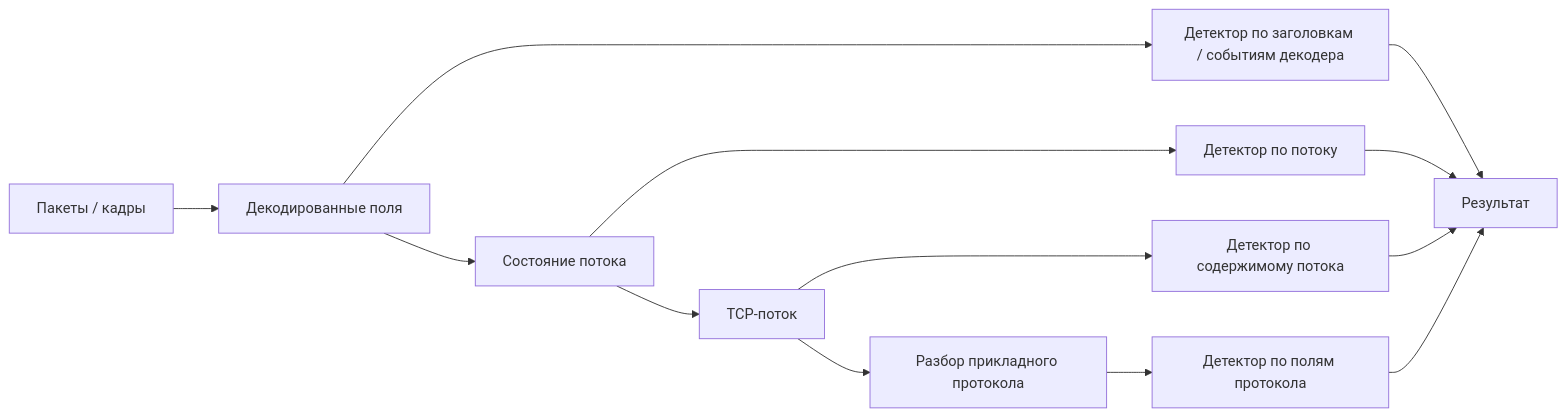
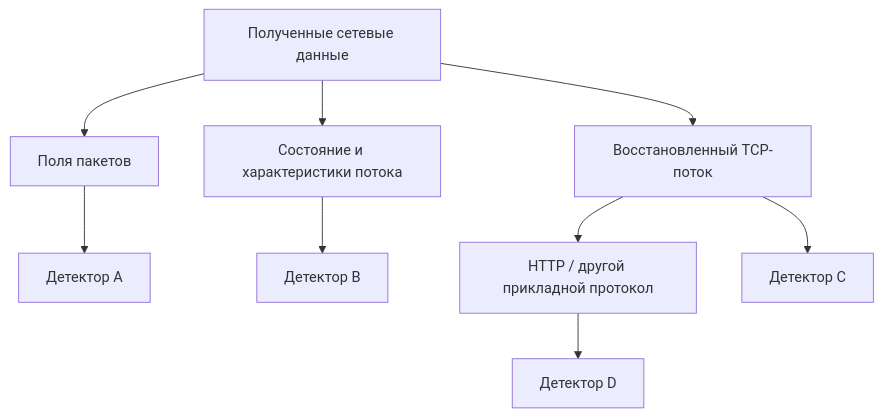
One commit to 11ndra/spvo changed the fourth of 8 diagrams in docs/course/03-detection.md. Above: the diagram before and after it, drawn with Mermaid. The commit also changed other lines of this file and 32 other files, not shown here.

````diff
--- a/docs/course/03-detection.md
+++ b/docs/course/03-detection.md
@@ -46,15 +175,13 @@
 ```mermaid
-flowchart LR
-    P[Пакеты / кадры] --> D[Декодированные поля]
-    D --> DP[Детектор по заголовкам / событиям декодера]
-    D --> F[Состояние потока]
-    F --> DF[Детектор по потоку]
-    F --> S[TCP-поток]
-    S --> DS[Детектор по содержимому потока]
-    S --> A[Разбор прикладного протокола]
-    A --> DA[Детектор по полям протокола]
-    DP --> R[Результат]
-    DF --> R
-    DS --> R
-    DA --> R
+flowchart TB
+    N[Полученные сетевые данные]
+    N --> P[Поля пакетов]
+    N --> F[Состояние и характеристики потока]
+    N --> S[Восстановленный TCP-поток]
+    S --> H[HTTP / другой прикладной протокол]
+
+    P --> D1[Детектор A]
+    F --> D2[Детектор B]
+    S --> D3[Детектор C]
+    H --> D4[Детектор D]
 ```
````
